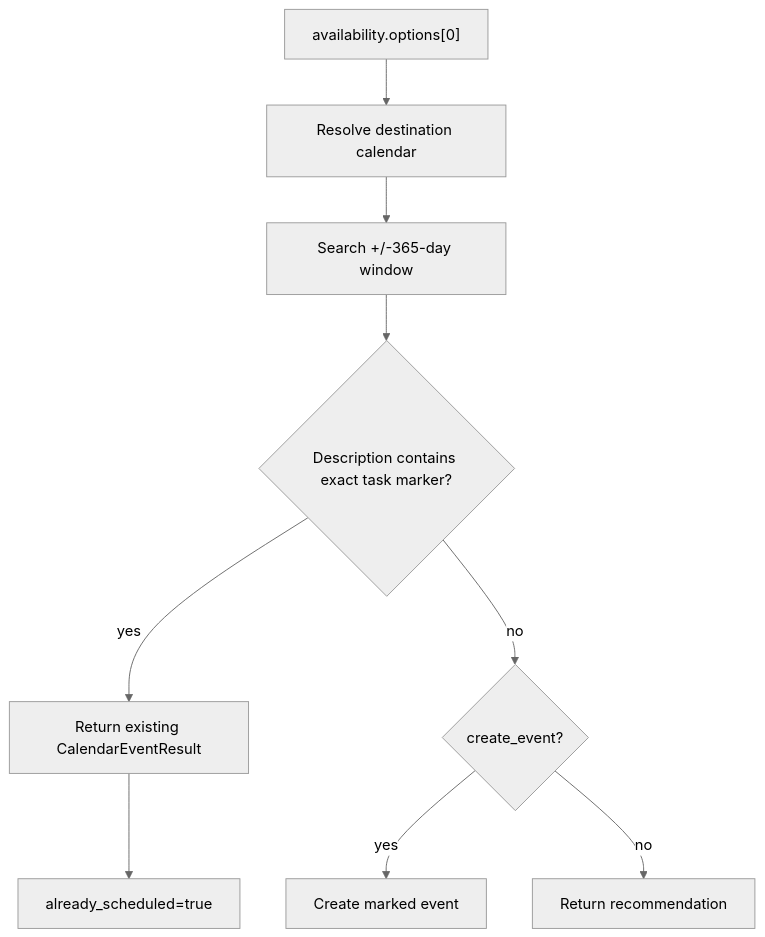
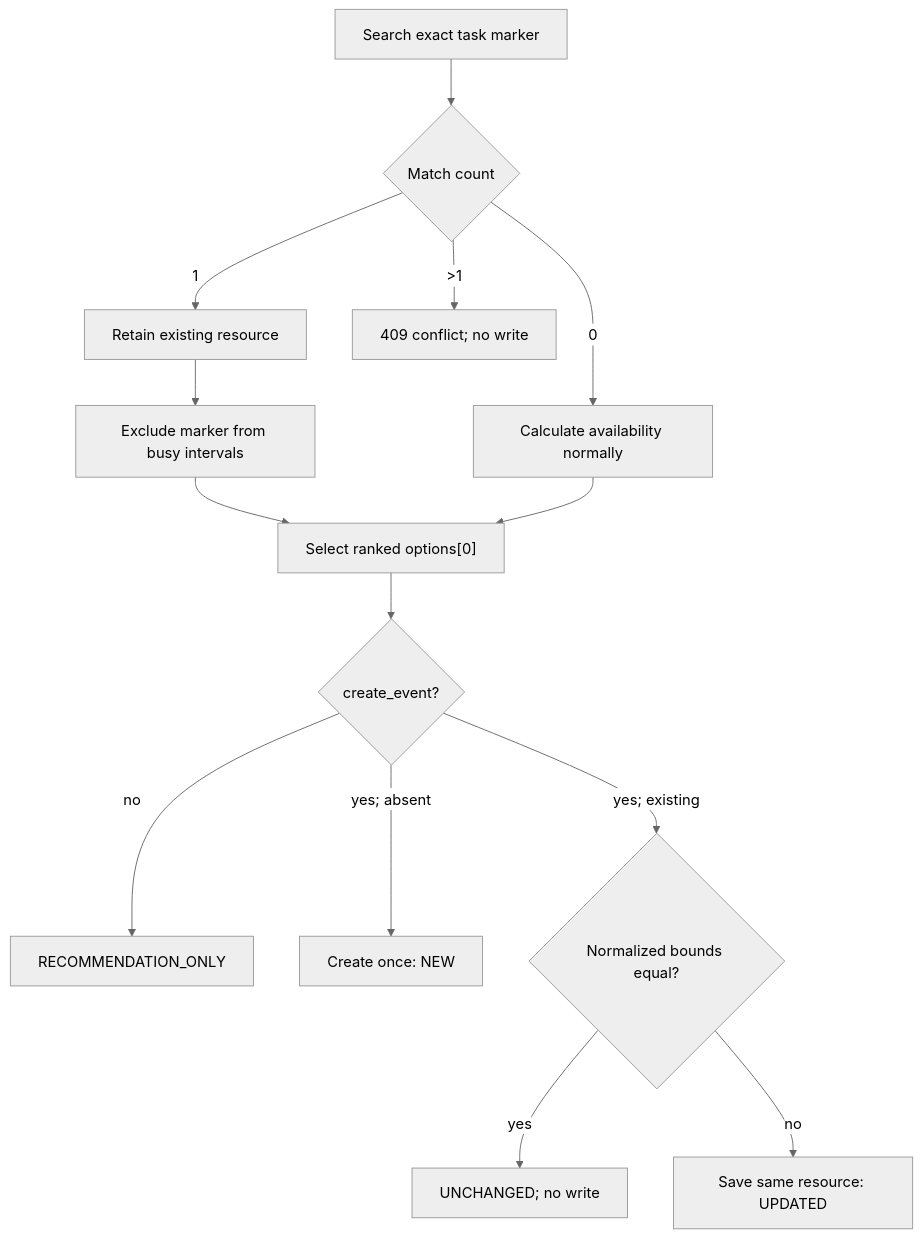
One commit to daviswmiller057/beacon-api changed the second of 2 diagrams in docs/scheduling.md. Above: the diagram before and after it, drawn with Mermaid (neutral theme). The commit also changed other lines of this file and 16 other files, not shown here.

Commit message:
Update existing scheduled work blocks

````diff
--- a/docs/scheduling.md
+++ b/docs/scheduling.md
@@ -63,11 +57,16 @@
 ```mermaid
 flowchart TD
-    Slot["availability.options[0]"] --> Cal["Resolve destination calendar"]
-    Cal --> Search["Search +/-365-day window"]
-    Search --> M{"Description contains exact task marker?"}
-    M -->|"yes"| Existing["Return existing CalendarEventResult"]
-    Existing --> Idem["already_scheduled=true"]
-    M -->|"no"| Flag{"create_event?"}
-    Flag -->|"yes"| Create["Create marked event"]
-    Flag -->|"no"| Rec["Return recommendation"]
+    Marker["Search exact task marker"] --> Count{"Match count"}
+    Count -->|"0"| NewPath["Calculate availability normally"]
+    Count -->|"1"| Existing["Retain existing resource"]
+    Count -->|">1"| Conflict["409 conflict; no write"]
+    Existing --> Exclude["Exclude marker from busy intervals"]
+    Exclude --> Select["Select ranked options[0]"]
+    NewPath --> Select
+    Select --> Flag{"create_event?"}
+    Flag -->|"no"| Recommendation["RECOMMENDATION_ONLY"]
+    Flag -->|"yes; absent"| Create["Create once: NEW"]
+    Flag -->|"yes; existing"| Compare{"Normalized bounds equal?"}
+    Compare -->|"yes"| NoWrite["UNCHANGED; no write"]
+    Compare -->|"no"| Update["Save same resource: UPDATED"]
 ```
````
